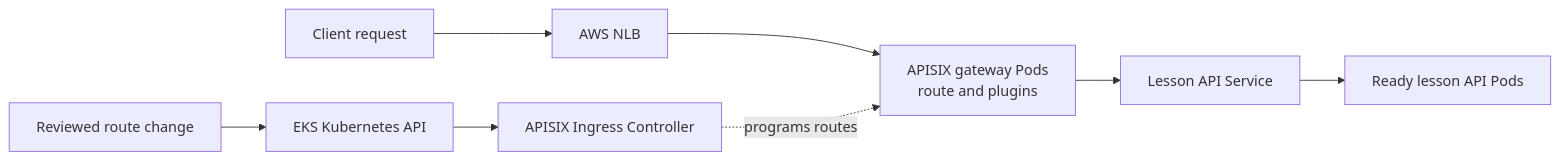
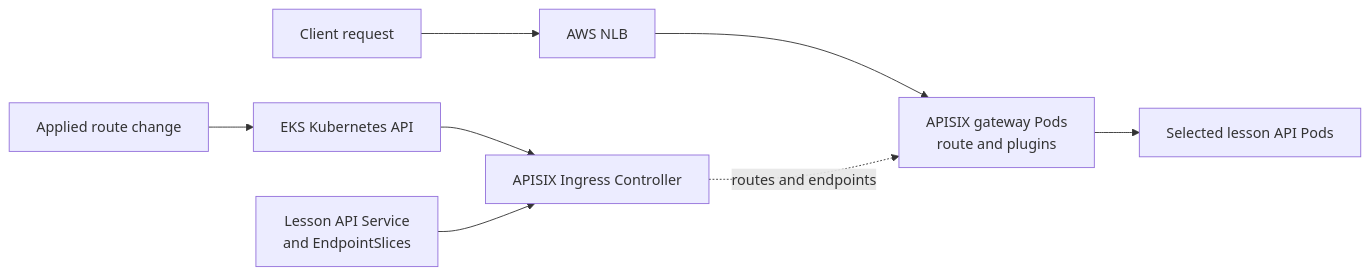
The diagram in knowledge/cross-topic-guides/apisix-on-eks.md (David-A18/MY-humble-knowledge-for-everyone), drawn with Mermaid before and after one commit. The commit also changed other lines of this file and 7 other files, not shown here.

Commit message:
Clarify APISIX EKS request path and gateway status

````diff
--- a/knowledge/cross-topic-guides/apisix-on-eks.md
+++ b/knowledge/cross-topic-guides/apisix-on-eks.md
@@ -82,10 +95,10 @@
 ```mermaid
 flowchart LR
   user["Client request"] --> nlb["AWS NLB"]
   nlb --> gateway["APISIX gateway Pods<br/>route and plugins"]
-  gateway --> service["Lesson API Service"]
-  service --> pods["Ready lesson API Pods"]
-  git["Reviewed route change"] --> api["EKS Kubernetes API"]
+  gateway --> pods["Selected lesson API Pods"]
+  change["Applied route change"] --> api["EKS Kubernetes API"]
   api --> controller["APISIX Ingress Controller"]
-  controller -. "programs routes" .-> gateway
+  backend["Lesson API Service<br/>and EndpointSlices"] --> controller
+  controller -. "routes and endpoints" .-> gateway
 ```
````
